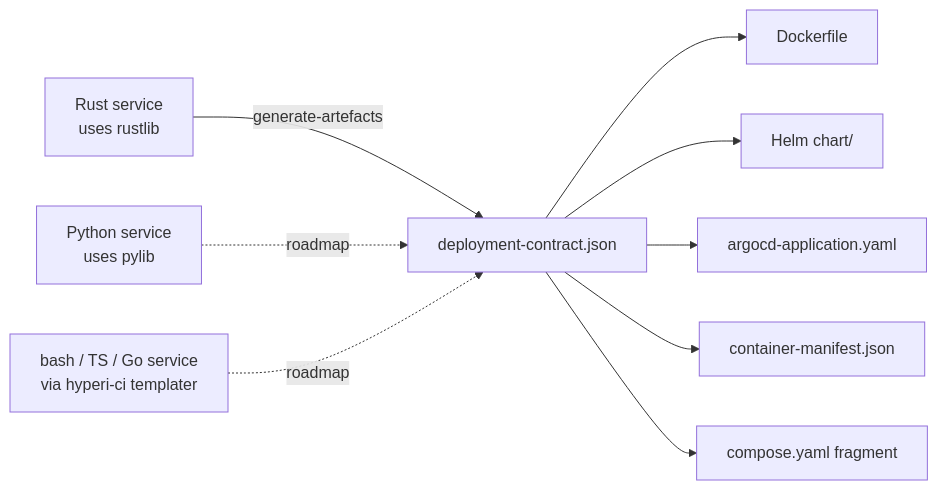
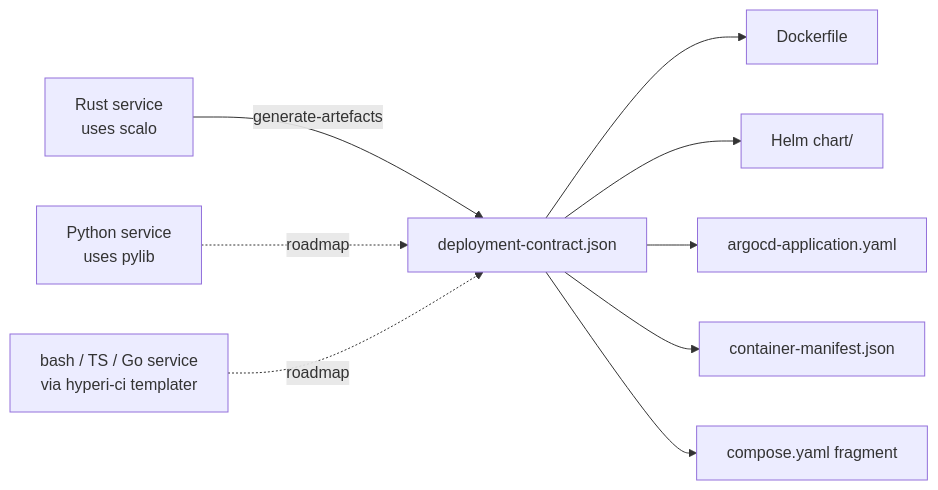
The diagram in docs/deployment/CONTRACT.md (hyperi-io/hyperi-rustlib), drawn with Mermaid before and after one commit. The commit also changed other lines of this file and 271 other files, not shown here.

````diff
--- a/docs/deployment/CONTRACT.md
+++ b/docs/deployment/CONTRACT.md
@@ -40,11 +40,11 @@
 ```mermaid
 flowchart LR
-    R[Rust service<br/>uses rustlib] -->|generate-artefacts| C[deployment-contract.json]
+    R[Rust service<br/>uses scalo] -->|generate-artefacts| C[deployment-contract.json]
     P[Python service<br/>uses pylib] -.roadmap.-> C
     O[bash / TS / Go service<br/>via hyperi-ci templater] -.roadmap.-> C
     C --> D[Dockerfile]
     C --> H[Helm chart/]
     C --> A[argocd-application.yaml]
     C --> CM[container-manifest.json]
     C --> CS[compose.yaml fragment]
 ```
````
